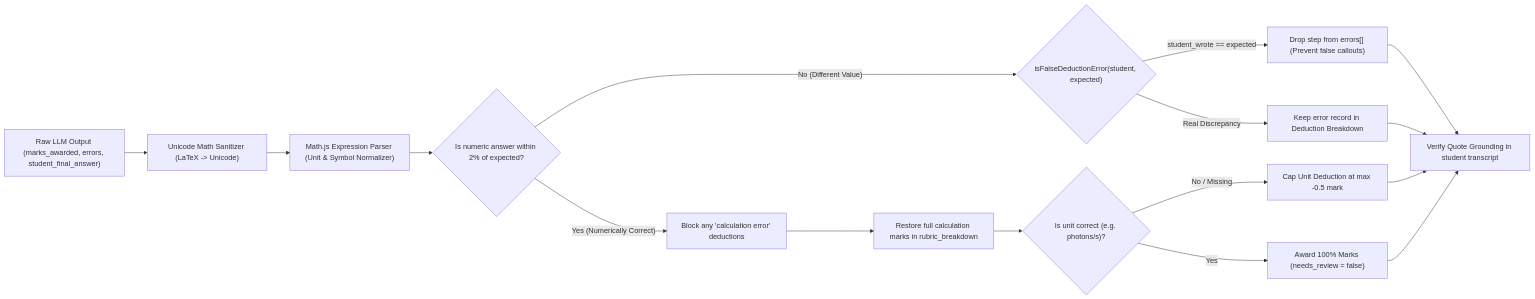
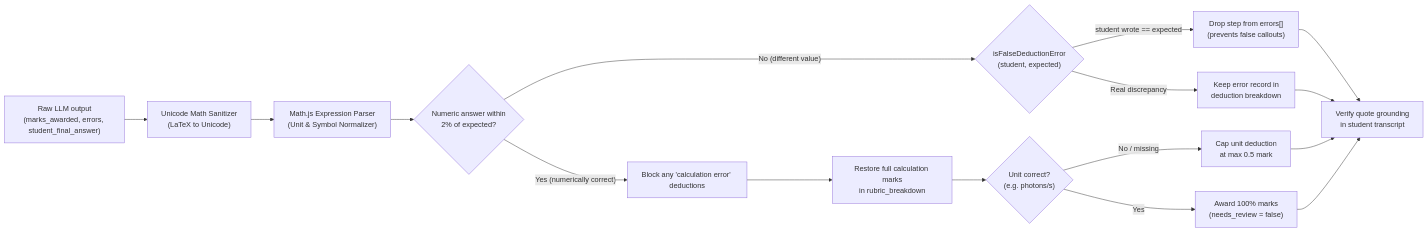
One commit to DevSars24/PrepForge changed the fifth of 9 diagrams in README.md. Above: the diagram before and after it, drawn with Mermaid. The commit also changed other lines of this file, not shown here.

````diff
--- a/README.md
+++ b/README.md
@@ -260,22 +268,22 @@
 ```mermaid
 flowchart LR
-    LLM_Output["Raw LLM Output (marks_awarded, errors, student_final_answer)"] --> Sanitizer["Unicode Math Sanitizer (LaTeX -> Unicode)"]
-    Sanitizer --> ASTParser["Math.js Expression Parser (Unit & Symbol Normalizer)"]
-    
-    ASTParser --> ValueCheck{"Is numeric answer within 2% of expected?"}
-    
-    ValueCheck -- Yes (Numerically Correct) --> BlockCalcErr["Block any 'calculation error' deductions"]
-    BlockCalcErr --> RestoreMarks["Restore full calculation marks in rubric_breakdown"]
-    RestoreMarks --> UnitGuard{"Is unit correct (e.g. photons/s)?"}
-    UnitGuard -- Yes --> FullMarks["Award 100% Marks (needs_review = false)"]
-    UnitGuard -- No / Missing --> CapDeduction["Cap Unit Deduction at max -0.5 mark"]
-    
-    ValueCheck -- No (Different Value) --> FalseDeductionFilter{"isFalseDeductionError(student, expected)"}
-    FalseDeductionFilter -- student_wrote == expected --> DropError["Drop step from errors[] (Prevent false callouts)"]
-    FalseDeductionFilter -- Real Discrepancy --> ValidDeduction["Keep error record in Deduction Breakdown"]
-    
-    DropError --> CitationCheck["Verify Quote Grounding in student transcript"]
+    LLM_Output["Raw LLM output<br/>(marks_awarded, errors, student_final_answer)"] --> Sanitizer["Unicode Math Sanitizer<br/>(LaTeX to Unicode)"]
+    Sanitizer --> ASTParser["Math.js Expression Parser<br/>(Unit & Symbol Normalizer)"]
+
+    ASTParser --> ValueCheck{"Numeric answer within<br/>2% of expected?"}
+
+    ValueCheck -- "Yes (numerically correct)" --> BlockCalcErr["Block any 'calculation error' deductions"]
+    BlockCalcErr --> RestoreMarks["Restore full calculation marks<br/>in rubric_breakdown"]
+    RestoreMarks --> UnitGuard{"Unit correct?<br/>(e.g. photons/s)"}
+    UnitGuard -- Yes --> FullMarks["Award 100% marks<br/>(needs_review = false)"]
+    UnitGuard -- "No / missing" --> CapDeduction["Cap unit deduction<br/>at max 0.5 mark"]
+
+    ValueCheck -- "No (different value)" --> FalseDeductionFilter{"isFalseDeductionError<br/>(student, expected)"}
+    FalseDeductionFilter -- "student wrote == expected" --> DropError["Drop step from errors[]<br/>(prevents false callouts)"]
+    FalseDeductionFilter -- "Real discrepancy" --> ValidDeduction["Keep error record in<br/>deduction breakdown"]
+
+    DropError --> CitationCheck["Verify quote grounding<br/>in student transcript"]
     ValidDeduction --> CitationCheck
     CapDeduction --> CitationCheck
     FullMarks --> CitationCheck
 ```
````
